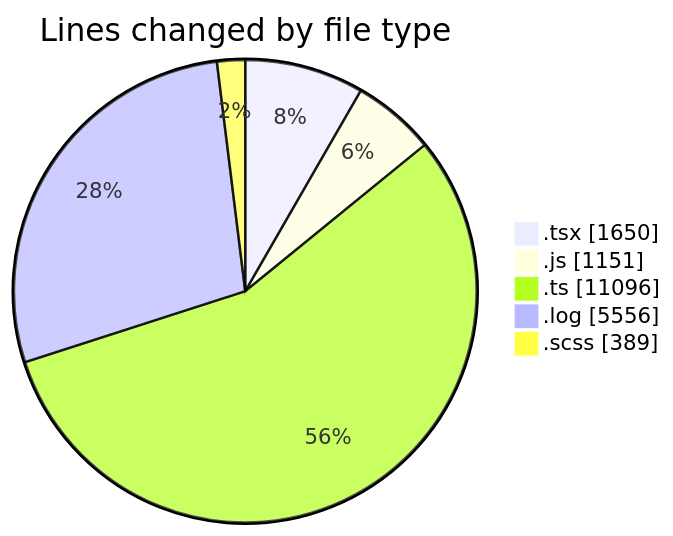
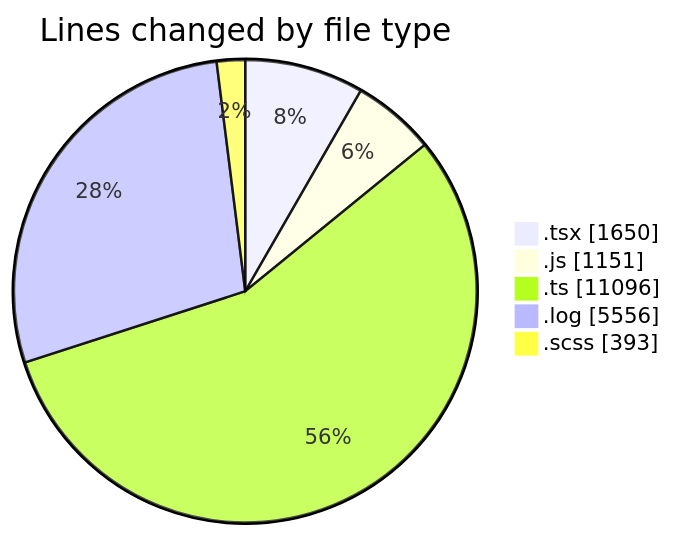
Before and after one commit to momahboobian/code-tracking: the first of 2 diagrams in 2026-04-09/cda/README.md, drawn with Mermaid. The commit also changed other lines of this file and 1 other file, not shown here.

````diff
--- a/2026-04-09/cda/README.md
+++ b/2026-04-09/cda/README.md
@@ -32,9 +32,9 @@
 ```mermaid
 pie showData
 title Lines changed by file type
 ".tsx" : 1650
 ".js" : 1151
 ".ts" : 11096
 ".log" : 5556
-".scss" : 389
+".scss" : 393
 ```
````
